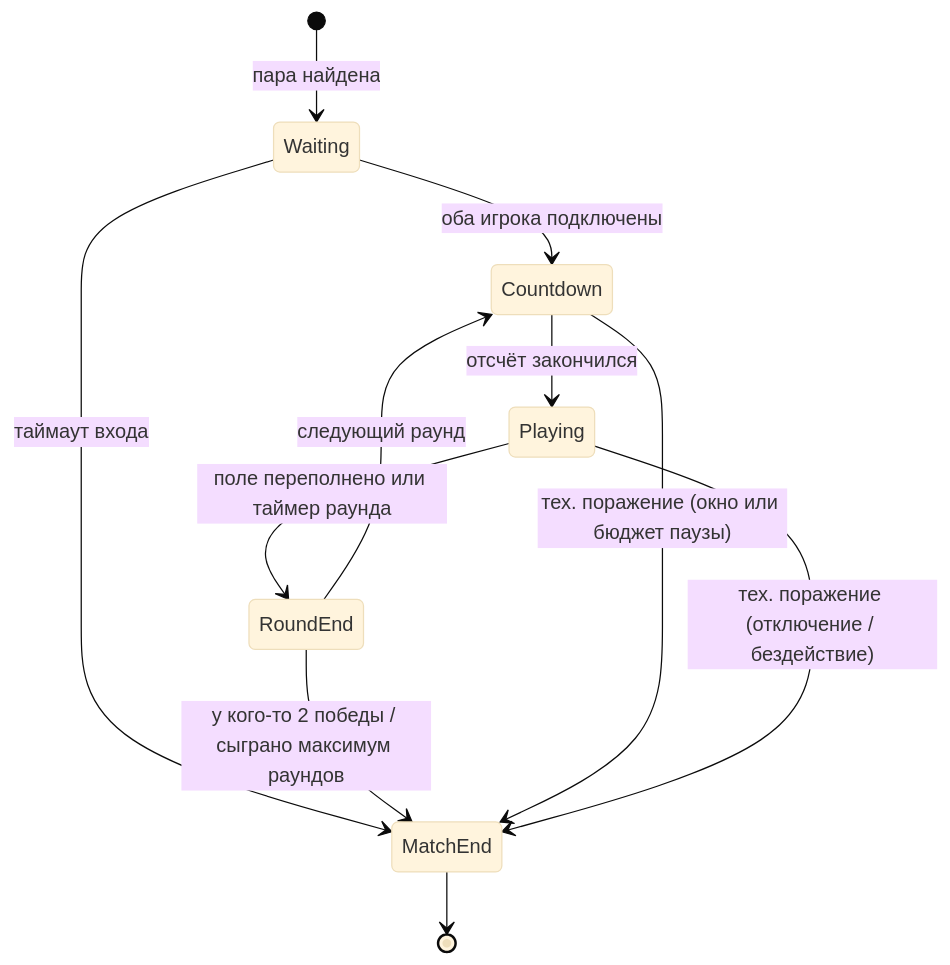
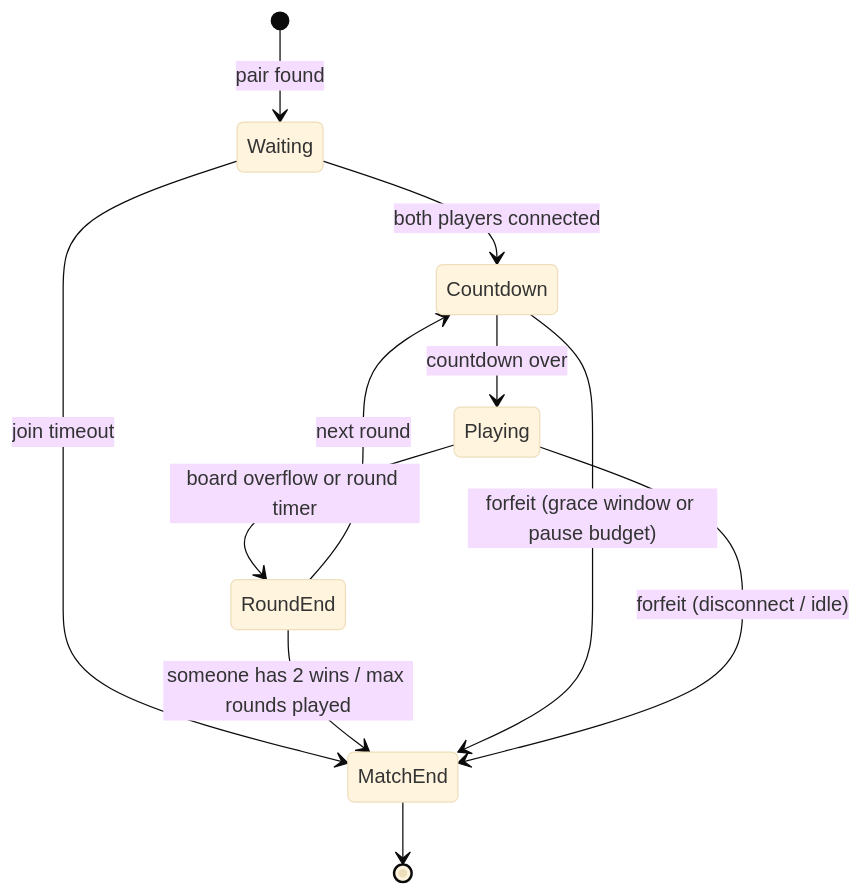
Before and after one commit to Gegirhasut/sabostack-go-server: the second of 2 diagrams in README.md, drawn with Mermaid (base theme). The commit also changed other lines of this file and 1 other file, not shown here.

````diff
--- a/README.md
+++ b/README.md
@@ -98,13 +104,13 @@
 ```mermaid
 stateDiagram-v2
-    [*] --> Waiting: пара найдена
-    Waiting --> Countdown: оба игрока подключены
-    Waiting --> MatchEnd: таймаут входа
-    Countdown --> Playing: отсчёт закончился
-    Playing --> RoundEnd: поле переполнено или таймер раунда
-    RoundEnd --> Countdown: следующий раунд
-    RoundEnd --> MatchEnd: у кого-то 2 победы / сыграно максимум раундов
-    Countdown --> MatchEnd: тех. поражение (окно или бюджет паузы)
-    Playing --> MatchEnd: тех. поражение (отключение / бездействие)
+    [*] --> Waiting: pair found
+    Waiting --> Countdown: both players connected
+    Waiting --> MatchEnd: join timeout
+    Countdown --> Playing: countdown over
+    Playing --> RoundEnd: board overflow or round timer
+    RoundEnd --> Countdown: next round
+    RoundEnd --> MatchEnd: someone has 2 wins / max rounds played
+    Countdown --> MatchEnd: forfeit (grace window or pause budget)
+    Playing --> MatchEnd: forfeit (disconnect / idle)
     MatchEnd --> [*]
 ```
````
